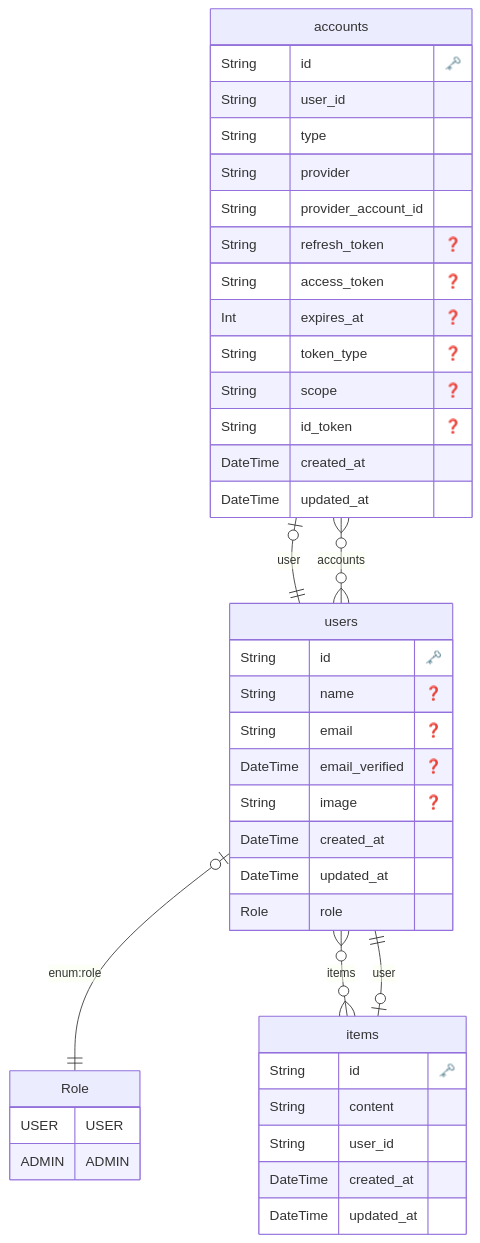
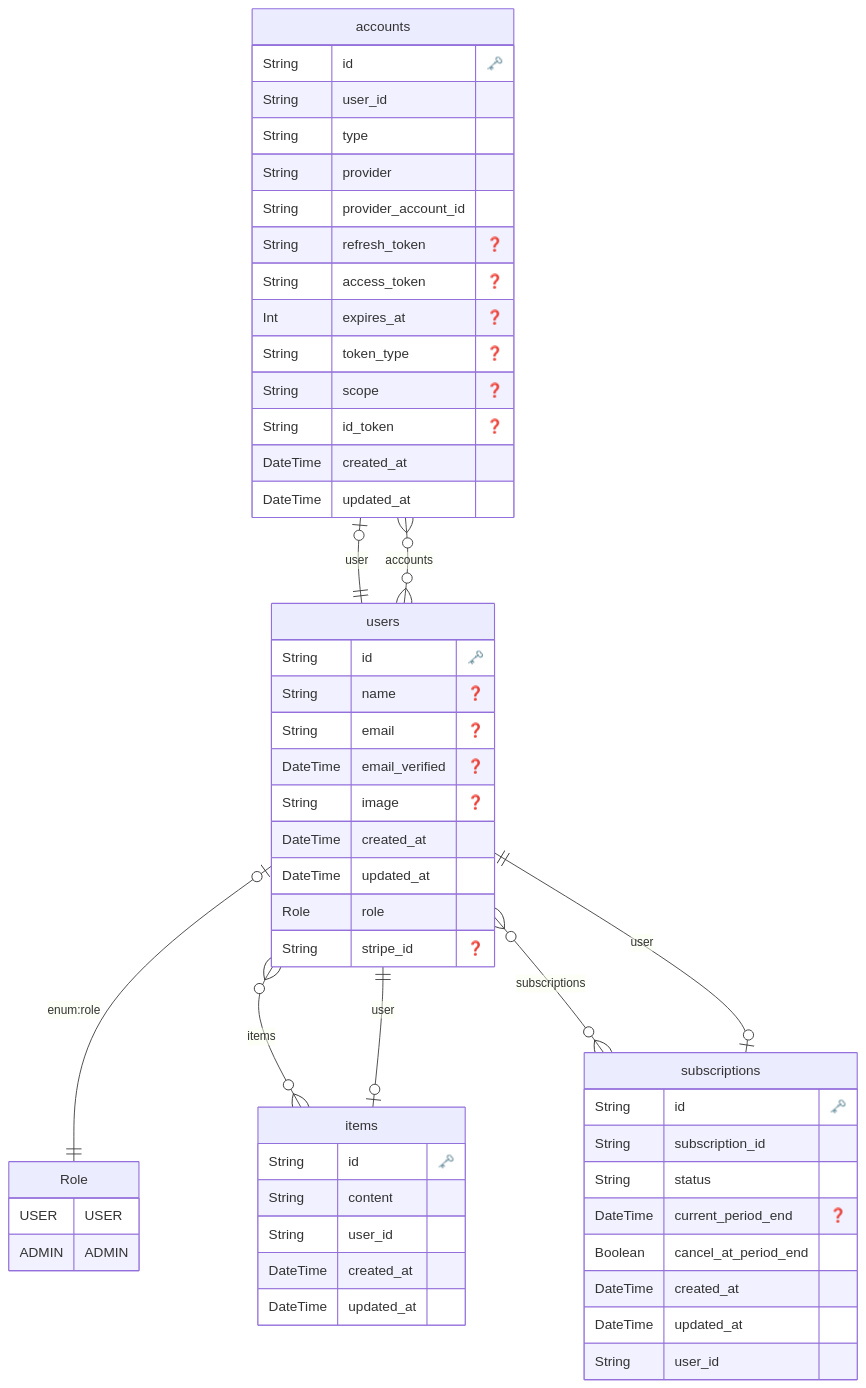
Before and after one commit to hiroppy/web-app-template: the diagram in prisma/ERD.md, drawn with Mermaid. The commit also changed 54 other files, not shown here.

````diff
--- a/prisma/ERD.md
+++ b/prisma/ERD.md
@@ -1,51 +1,66 @@
 ```mermaid
 erDiagram
 
         Role {
             USER USER
 ADMIN ADMIN
         }
 
   "accounts" {
     String id "🗝️"
     String user_id
     String type
     String provider
     String provider_account_id
     String refresh_token "❓"
     String access_token "❓"
     Int expires_at "❓"
     String token_type "❓"
     String scope "❓"
     String id_token "❓"
     DateTime created_at
     DateTime updated_at
     }
 
 
   "users" {
     String id "🗝️"
     String name "❓"
     String email "❓"
     DateTime email_verified "❓"
     String image "❓"
     DateTime created_at
     DateTime updated_at
     Role role
+    String stripe_id "❓"
+    }
+
+
+  "subscriptions" {
+    String id "🗝️"
+    String subscription_id
+    String status
+    DateTime current_period_end "❓"
+    Boolean cancel_at_period_end
+    DateTime created_at
+    DateTime updated_at
+    String user_id
     }
 
 
   "items" {
     String id "🗝️"
     String content
     String user_id
     DateTime created_at
     DateTime updated_at
     }
 
     "accounts" o|--|| "users" : "user"
     "users" o{--}o "accounts" : "accounts"
     "users" o|--|| "Role" : "enum:role"
     "users" o{--}o "items" : "items"
+    "users" o{--}o "subscriptions" : "subscriptions"
+    "subscriptions" o|--|| "users" : "user"
     "items" o|--|| "users" : "user"
 ```
````
